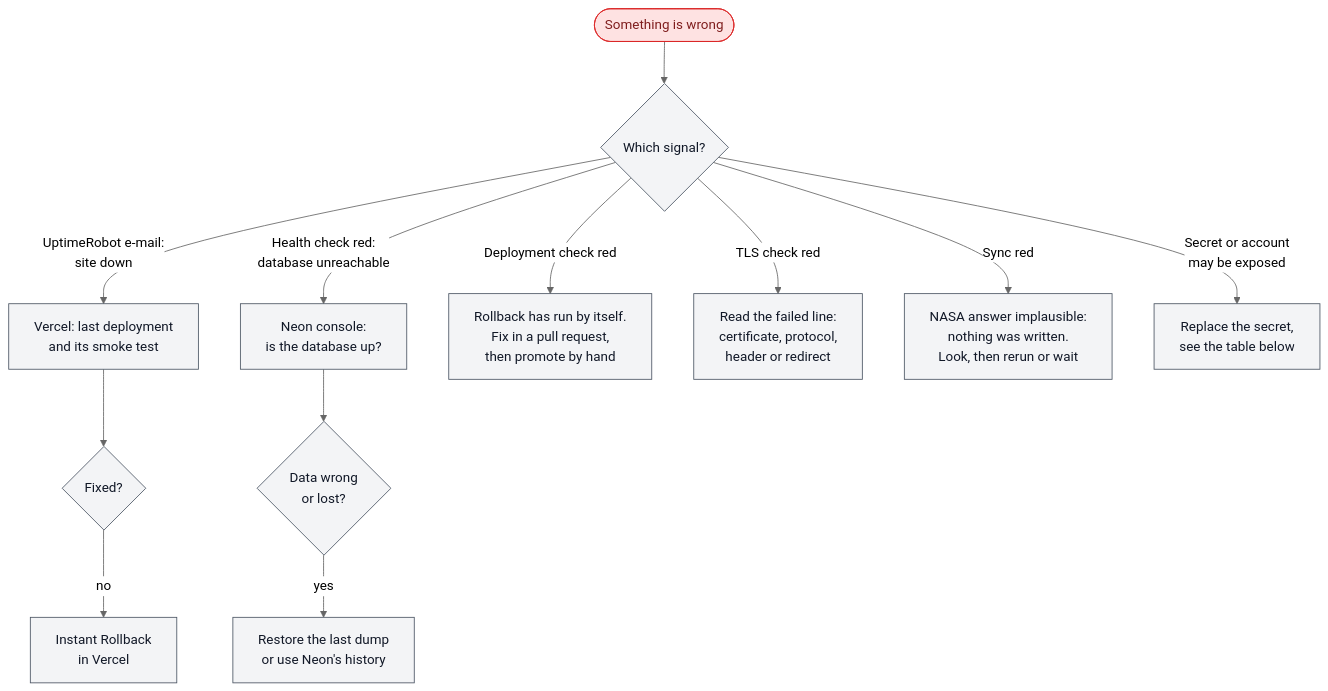
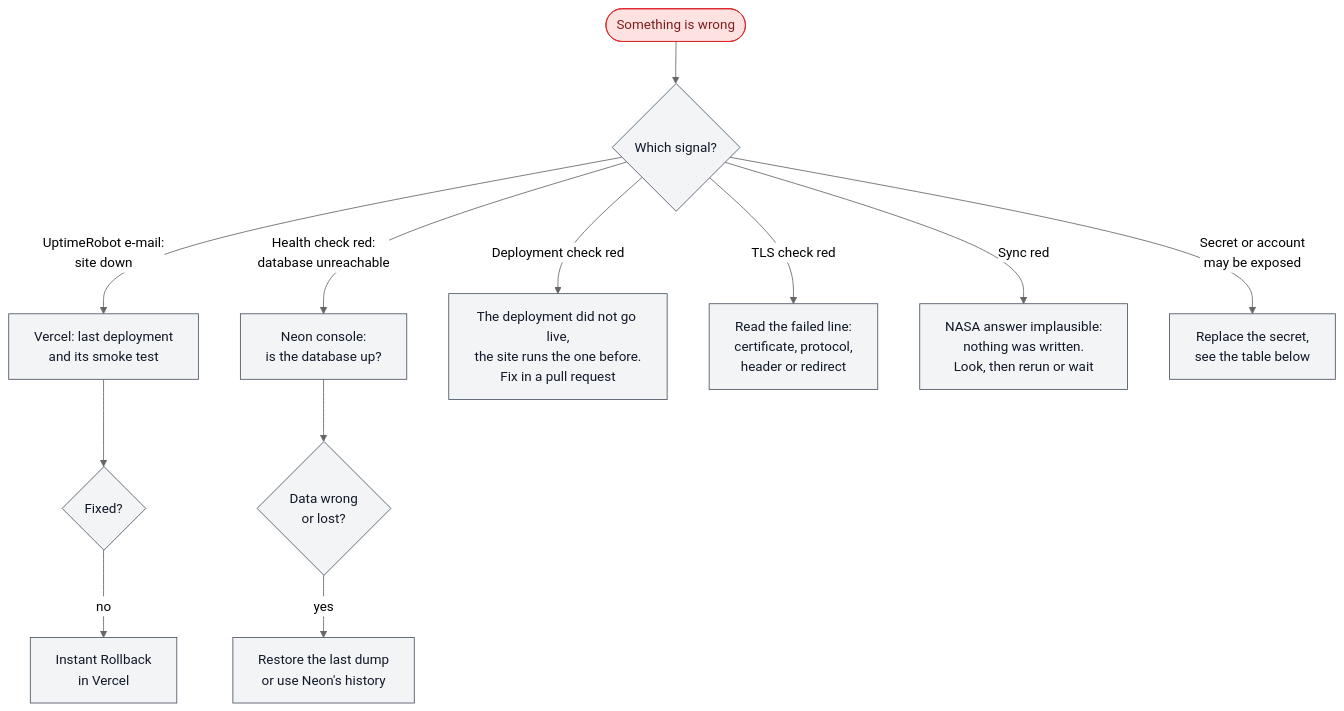
The fifth of 5 diagrams in docs/SECURITY.md (tomdevtech/ExoFinder), drawn with Mermaid (neutral theme) before and after one commit. The commit also changed other lines of this file and 6 other files, not shown here.

First line of the commit message:
Put a production deployment live only after its smoke test has passed

````diff
--- a/docs/SECURITY.md
+++ b/docs/SECURITY.md
@@ -171,17 +171,17 @@
 ```mermaid
 flowchart TB
     Start([Something is wrong]) --> Q1{Which signal?}
     Q1 -->|UptimeRobot e-mail:<br>site down| A1[Vercel: last deployment<br>and its smoke test]
     Q1 -->|Health check red:<br>database unreachable| A2[Neon console:<br>is the database up?]
-    Q1 -->|Deployment check red| A3[Rollback has run by itself.<br>Fix in a pull request,<br>then promote by hand]
+    Q1 -->|Deployment check red| A3[The deployment did not go live,<br>the site runs the one before.<br>Fix in a pull request]
     Q1 -->|TLS check red| A4[Read the failed line:<br>certificate, protocol,<br>header or redirect]
     Q1 -->|Sync red| A5[NASA answer implausible:<br>nothing was written.<br>Look, then rerun or wait]
     Q1 -->|Secret or account<br>may be exposed| A6[Replace the secret,<br>see the table below]
     A1 --> R1{Fixed?}
     R1 -->|no| A7[Instant Rollback<br>in Vercel]
     A2 --> R2{Data wrong<br>or lost?}
     R2 -->|yes| A8[Restore the last dump<br>or use Neon's history]
 
     classDef default fill:#f3f4f6,stroke:#4b5563,color:#111827
     style Start fill:#fee2e2,stroke:#dc2626,color:#7f1d1d
 ```
````
